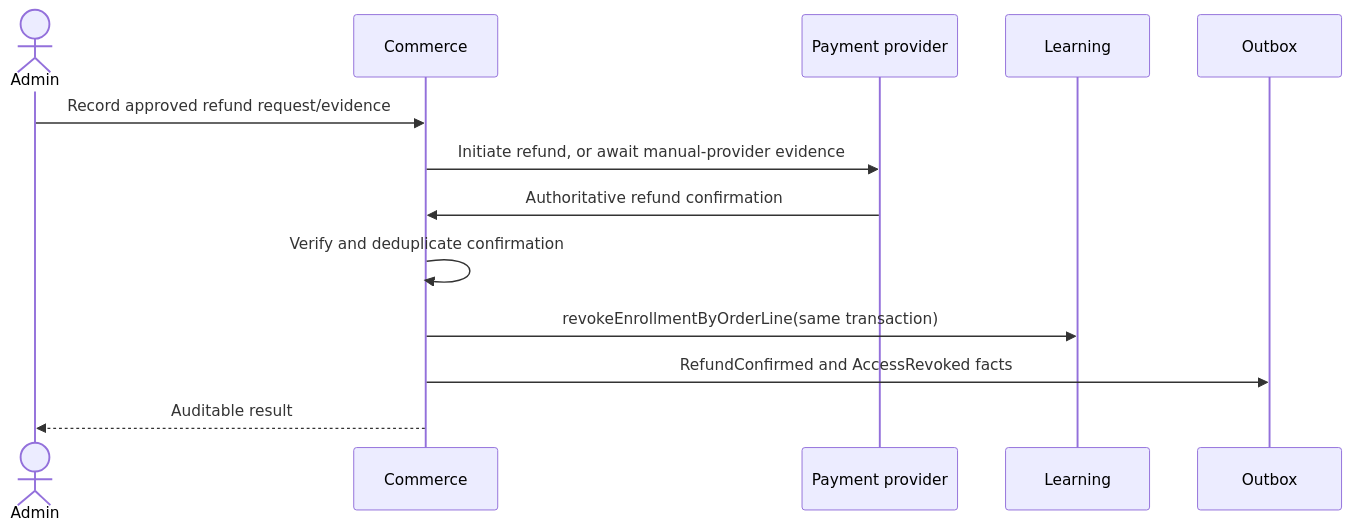
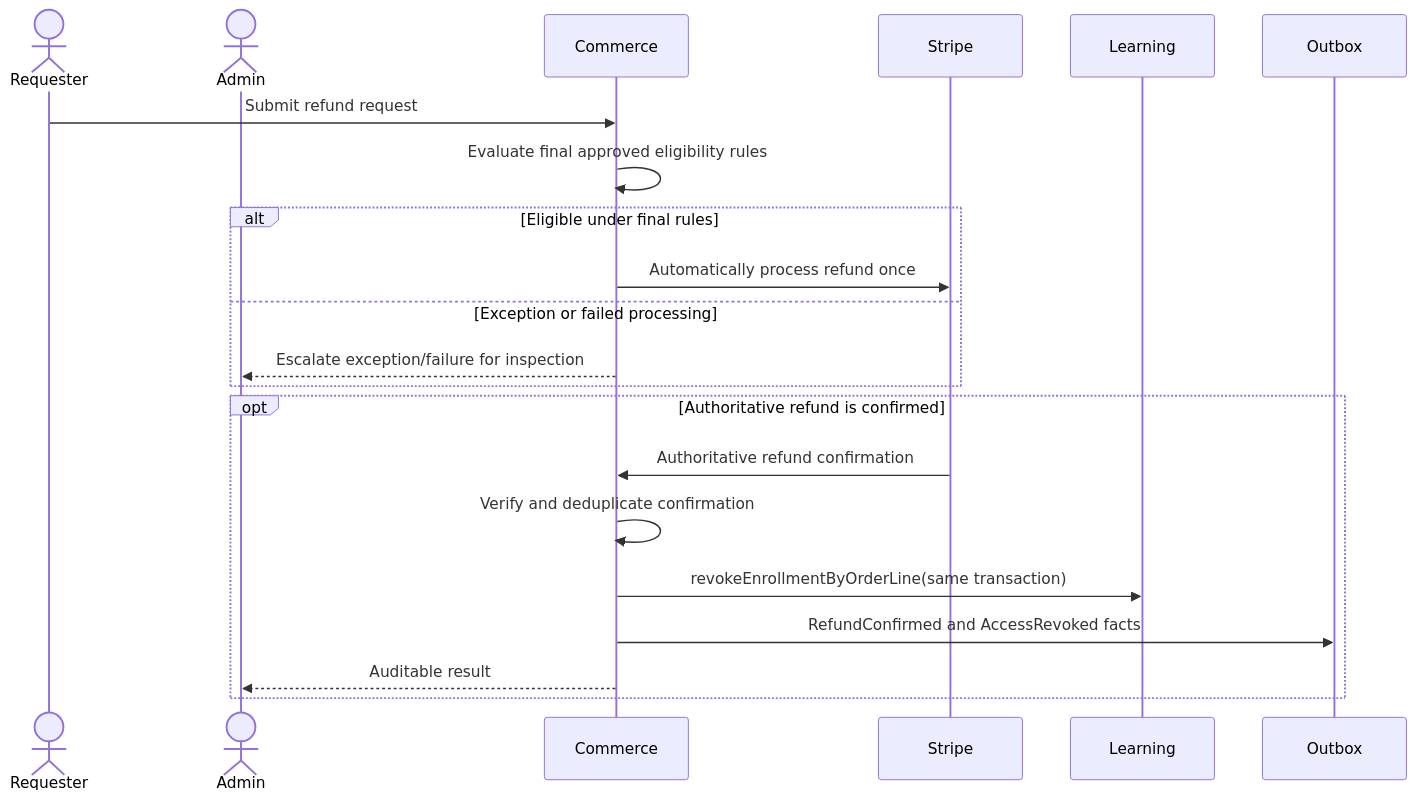
One commit to IBPA-ANDREEVA/lms-academy changed the fourth of 4 diagrams in docs/architecture/modules.md. Above: the diagram before and after it, drawn with Mermaid. The commit also changed other lines of this file and 16 other files, not shown here.

````diff
--- a/docs/architecture/modules.md
+++ b/docs/architecture/modules.md
@@ -375,16 +418,24 @@
 ```mermaid
 sequenceDiagram
+    actor Requester
     actor Admin
     participant C as Commerce
-    participant P as Payment provider
+    participant P as Stripe
     participant L as Learning
     participant O as Outbox
 
-    Admin->>C: Record approved refund request/evidence
-    C->>P: Initiate refund, or await manual-provider evidence
-    P->>C: Authoritative refund confirmation
-    C->>C: Verify and deduplicate confirmation
-    C->>L: revokeEnrollmentByOrderLine(same transaction)
-    C->>O: RefundConfirmed and AccessRevoked facts
-    C-->>Admin: Auditable result
+    Requester->>C: Submit refund request
+    C->>C: Evaluate final approved eligibility rules
+    alt Eligible under final rules
+      C->>P: Automatically process refund once
+    else Exception or failed processing
+      C-->>Admin: Escalate exception/failure for inspection
+    end
+    opt Authoritative refund is confirmed
+      P->>C: Authoritative refund confirmation
+      C->>C: Verify and deduplicate confirmation
+      C->>L: revokeEnrollmentByOrderLine(same transaction)
+      C->>O: RefundConfirmed and AccessRevoked facts
+      C-->>Admin: Auditable result
+    end
 ```
````
